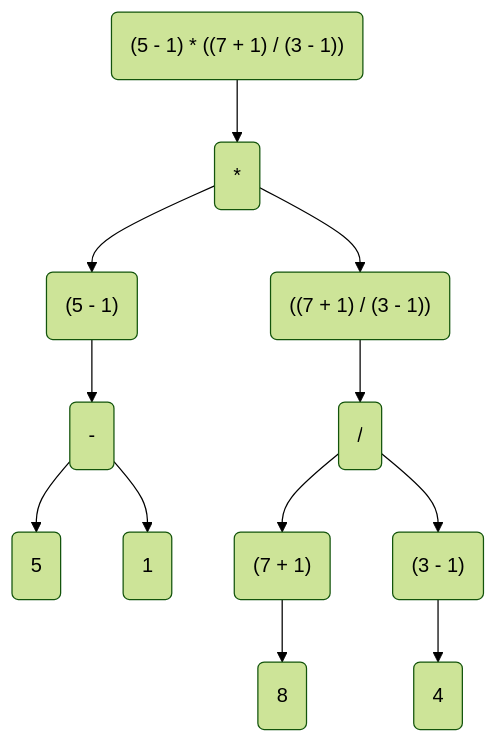
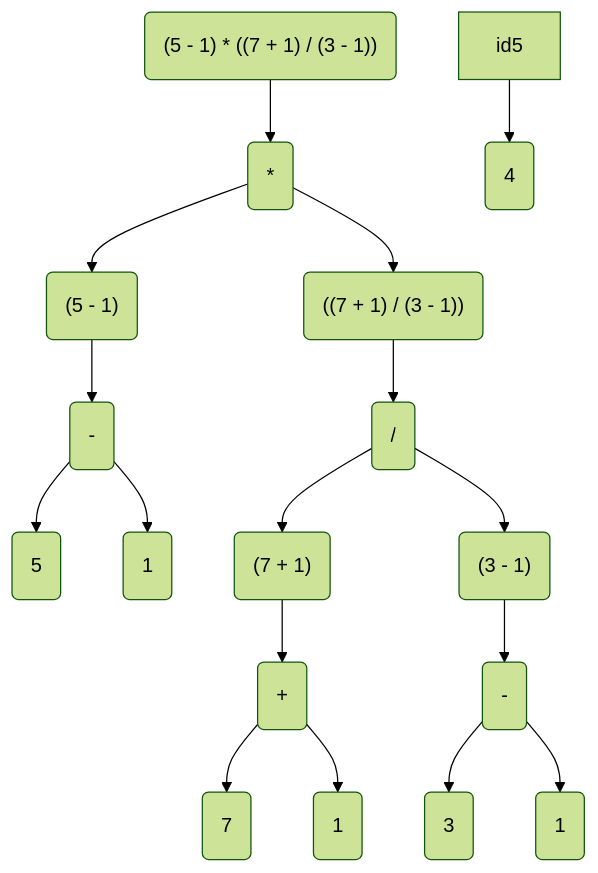
The diagram in notas_de_aula/básico/básico.md (ProfRonan/ck0087-fundamentos-de-programacao), drawn with Mermaid (forest theme) before and after one commit.

Commit message:
Melhora descrição

````diff
--- a/notas_de_aula/básico/básico.md
+++ b/notas_de_aula/básico/básico.md
@@ -71,14 +71,19 @@
 ```mermaid
 flowchart TD
   idRoot("(5 - 1) * ((7 + 1) / (3 - 1))") --> idMulti("*")
   idMulti --> idLMulti("(5 - 1)")
   idLMulti --> idSub("-")
   idSub --> idLSub(5)
   idSub --> idRSub(1)
   idMulti --> idRMulti("((7 + 1) / (3 - 1))")
   idRMulti --> idDiv("/")
   idDiv --> id4("(7 + 1)")
-  id4 --> id7(8)
-  idDiv --> id5("(3 - 1)")
+  id4 --> idSum("+")
+  idSum --> idLSum(7)
+  idSum --> idRSum(1)
+  idDiv --> idSub2("(3 - 1)")
+  idSub2 --> idSubSymbol("-")
+  idSubSymbol --> idLSub2(3)
+  idSubSymbol --> idRSub2(1)
   id5 --> id8(4)
 ```
````
